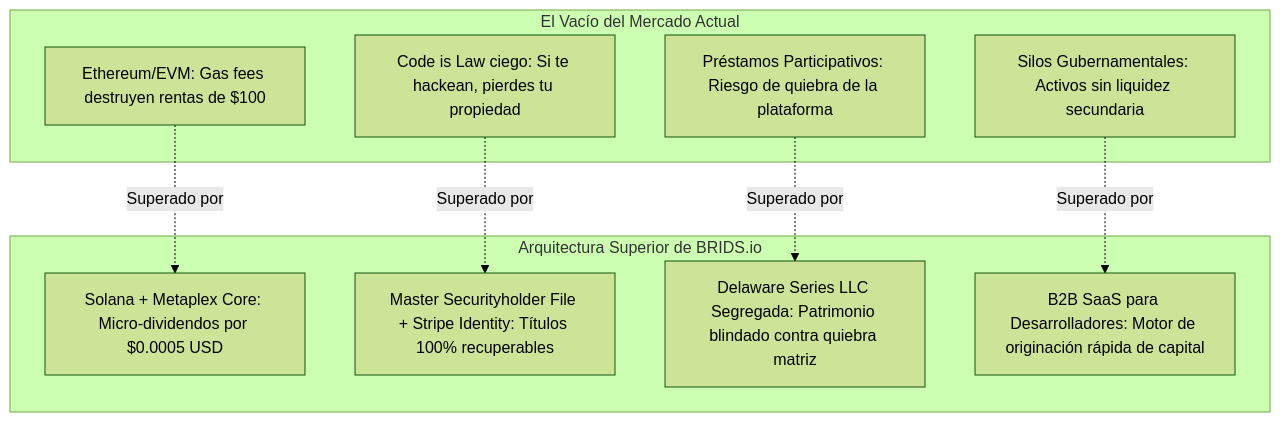
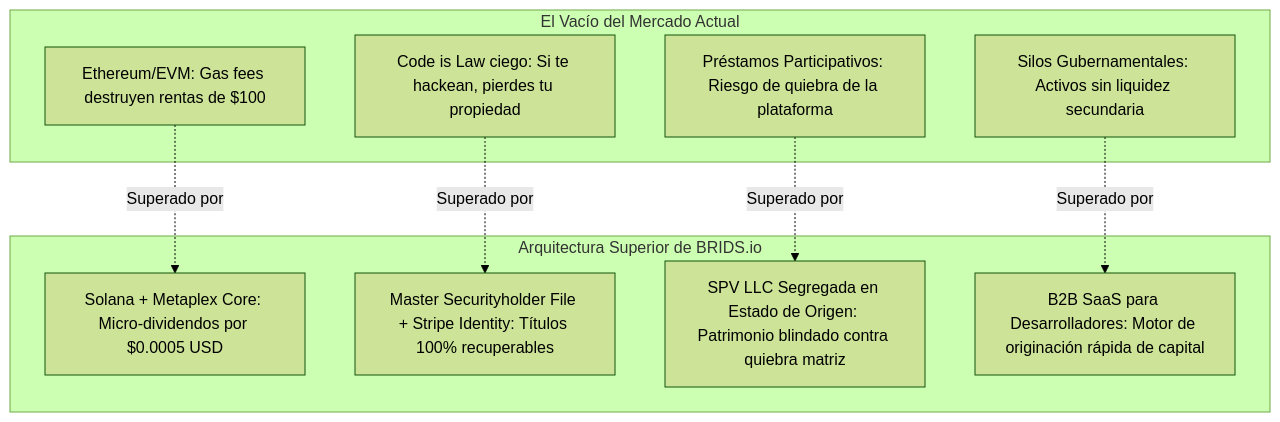
The second of 2 diagrams in BRIDS-Brain/00 Inbox/Specs/rwa-real-estate-competitor-benchmark-work/approved_draft.md (jeisonsosablockdev/BRIDS-KNOWLEDGE-FORT), drawn with Mermaid (forest theme) before and after one commit. The commit also changed other lines of this file and 39 other files, not shown here.

````diff
--- a/BRIDS-Brain/00 Inbox/Specs/rwa-real-estate-competitor-benchmark-work/approved_draft.md
+++ b/BRIDS-Brain/00 Inbox/Specs/rwa-real-estate-competitor-benchmark-work/approved_draft.md
@@ -148,21 +148,21 @@
 ```mermaid
 flowchart TD
     subgraph Deficiencias_Mercado["El Vacío del Mercado Actual"]
         D1["Ethereum/EVM: Gas fees destruyen rentas de $100"]
         D2["Code is Law ciego: Si te hackean, pierdes tu propiedad"]
         D3["Préstamos Participativos: Riesgo de quiebra de la plataforma"]
         D4["Silos Gubernamentales: Activos sin liquidez secundaria"]
     end
 
     subgraph Foso_BRIDS["Arquitectura Superior de BRIDS.io"]
         B1["Solana + Metaplex Core: Micro-dividendos por $0.0005 USD"]
         B2["Master Securityholder File + Stripe Identity: Títulos 100% recuperables"]
-        B3["Delaware Series LLC Segregada: Patrimonio blindado contra quiebra matriz"]
+        B3["SPV LLC Segregada en Estado de Origen: Patrimonio blindado contra quiebra matriz"]
         B4["B2B SaaS para Desarrolladores: Motor de originación rápida de capital"]
     end
 
     D1 -.->|Superado por| B1
     D2 -.->|Superado por| B2
     D3 -.->|Superado por| B3
     D4 -.->|Superado por| B4
 ```
````
